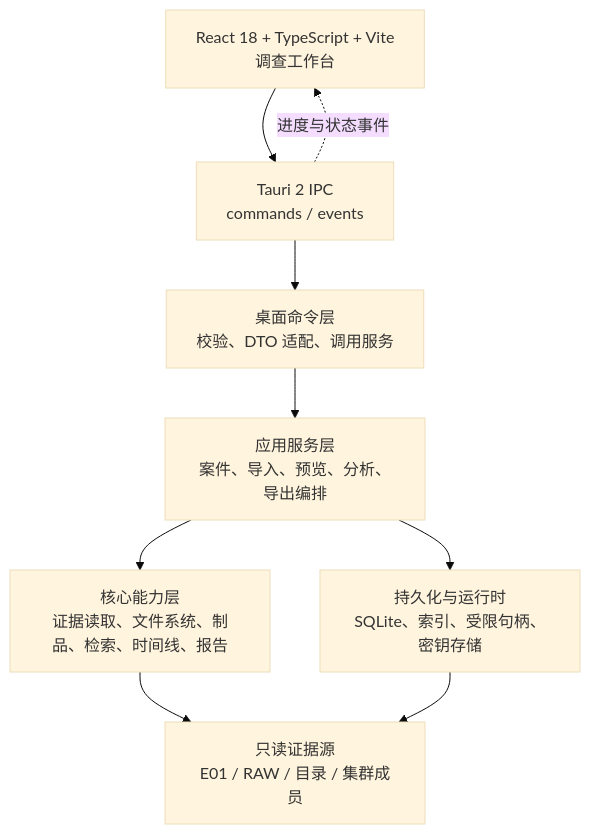
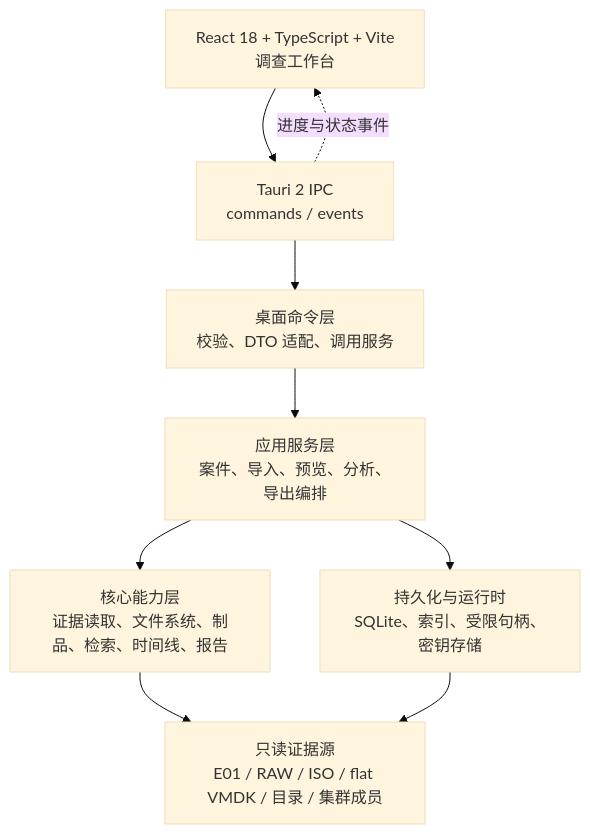
The first of 5 diagrams in README.md (lQ-A-Ql/meow-detective), drawn with Mermaid (base theme) before and after one commit. The commit also changed other lines of this file and 10 other files, not shown here.

````diff
--- a/README.md
+++ b/README.md
@@ -91,17 +95,17 @@
 ```mermaid
 flowchart TB
     UI["React 18 + TypeScript + Vite\n调查工作台"]
     IPC["Tauri 2 IPC\ncommands / events"]
     CMD["桌面命令层\n校验、DTO 适配、调用服务"]
     SVC["应用服务层\n案件、导入、预览、分析、导出编排"]
     CORE["核心能力层\n证据读取、文件系统、制品、检索、时间线、报告"]
     STORE["持久化与运行时\nSQLite、索引、受限句柄、密钥存储"]
-    EVIDENCE["只读证据源\nE01 / RAW / 目录 / 集群成员"]
+    EVIDENCE["只读证据源\nE01 / RAW / ISO / flat VMDK / 目录 / 集群成员"]
 
     UI --> IPC --> CMD --> SVC
     SVC --> CORE
     SVC --> STORE
     CORE --> EVIDENCE
     STORE --> EVIDENCE
     IPC -. "进度与状态事件" .-> UI
 ```
````
